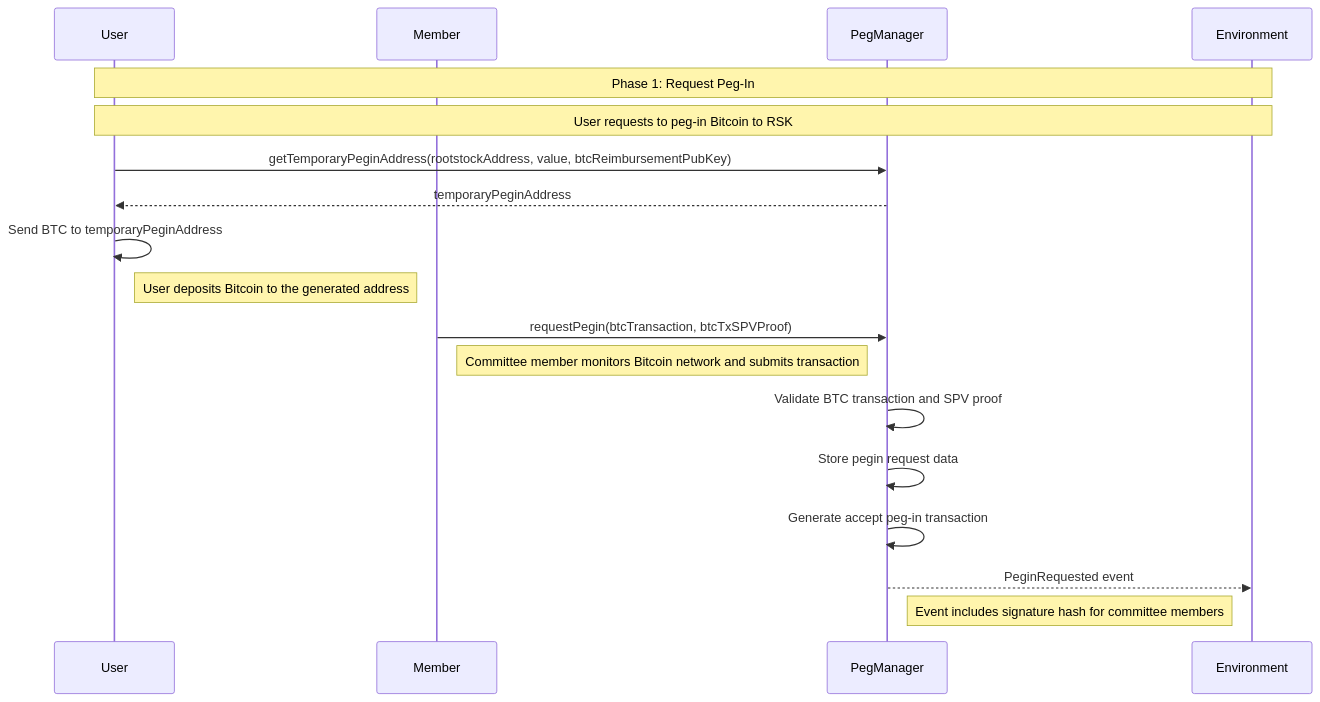
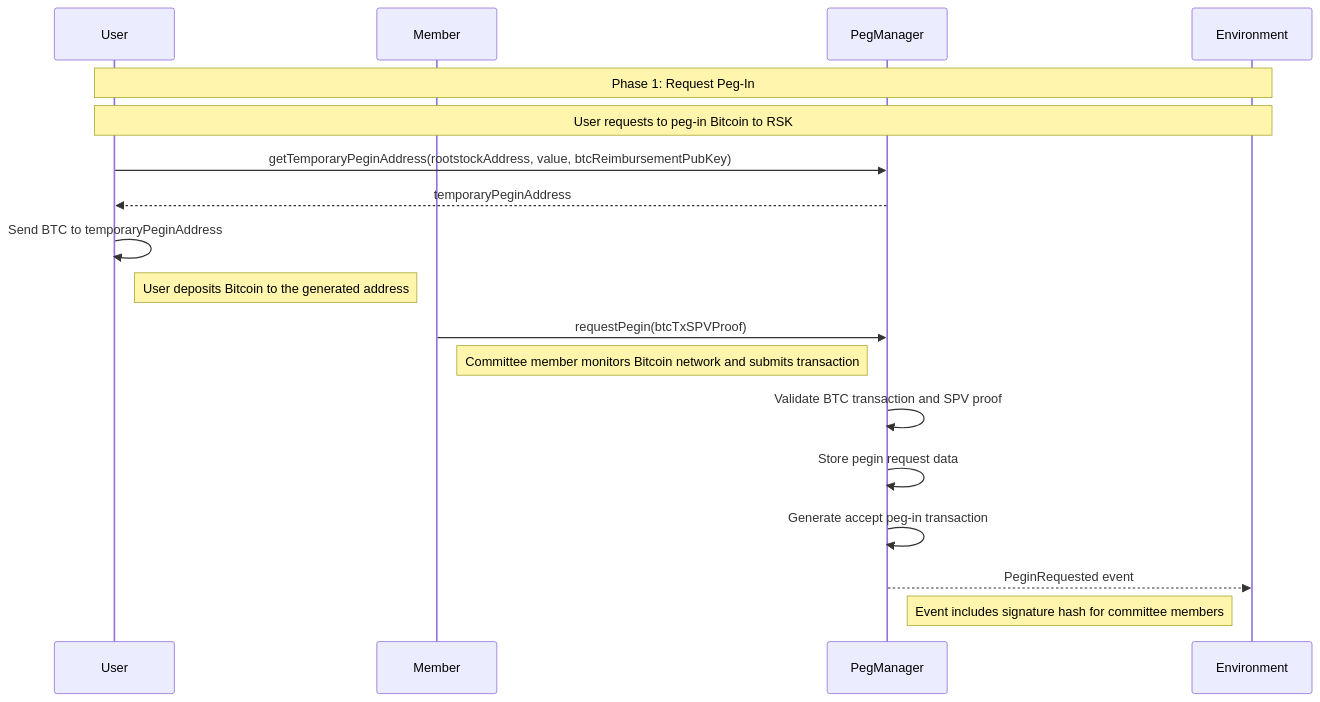
The fifth of 11 diagrams in README.md (rsksmart/union-bridge-contracts), drawn with Mermaid before and after one commit. The commit also changed other lines of this file, not shown here.

Commit message:
Update diagrams after CommitteRegistry split

````diff
--- a/README.md
+++ b/README.md
@@ -168,24 +181,24 @@
 ```mermaid
 sequenceDiagram
     participant U as User
     participant M as Member
     participant PM as PegManager
     participant ENV as Environment
 
     Note over U,ENV: Phase 1: Request Peg-In
     Note over U,ENV: User requests to peg-in Bitcoin to RSK
 
     U->>PM: getTemporaryPeginAddress(rootstockAddress, value, btcReimbursementPubKey)
     PM-->>U: temporaryPeginAddress
 
     U->>U: Send BTC to temporaryPeginAddress
     Note right of U: User deposits Bitcoin to the generated address
 
-    M->>PM: requestPegin(btcTransaction, btcTxSPVProof)
+    M->>PM: requestPegin(btcTxSPVProof)
     Note right of M: Committee member monitors Bitcoin network and submits transaction
     PM->>PM: Validate BTC transaction and SPV proof
     PM->>PM: Store pegin request data
     PM->>PM: Generate accept peg-in transaction
     PM-->>ENV: PeginRequested event
     Note right of PM: Event includes signature hash for committee members
 ```
````
